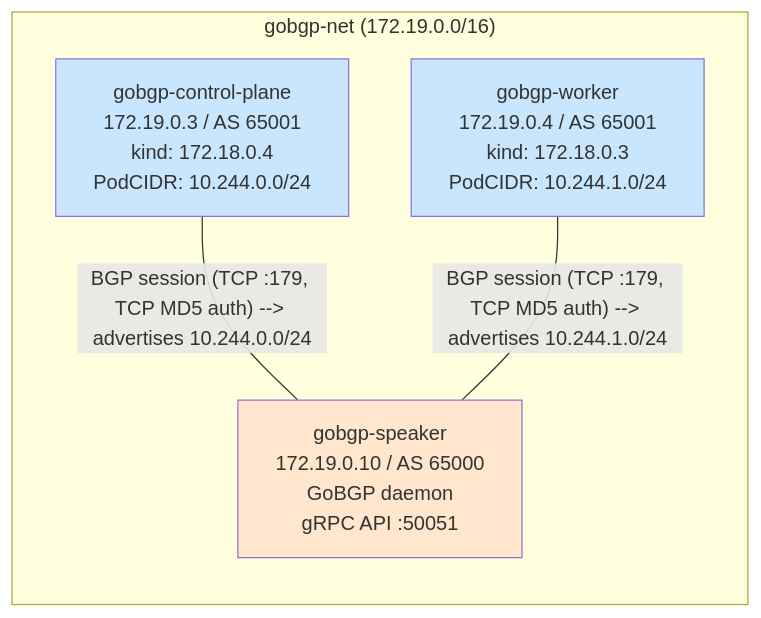
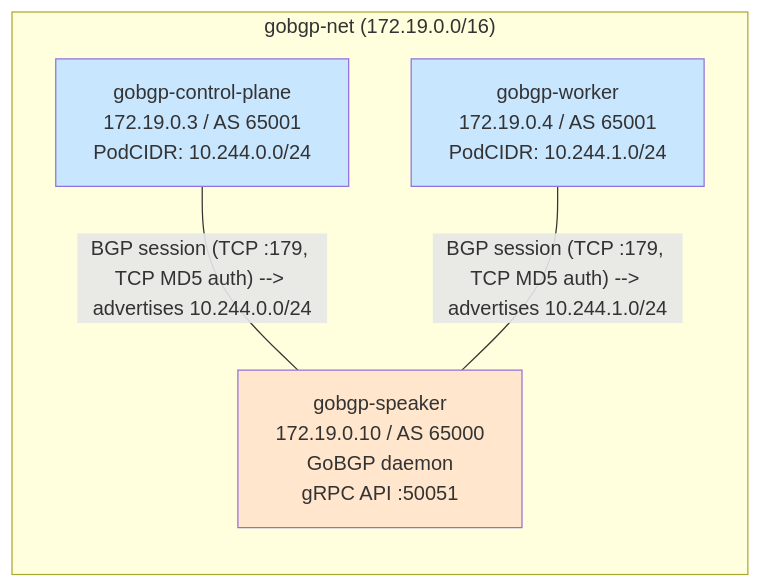
Before and after one commit to sarfarazahmad19/gobgp-cilium-test: the diagram in kind-cilium-overlay-l3-lb/README.md, drawn with Mermaid. The commit also changed other lines of this file and 6 other files, not shown here.

````diff
--- a/kind-cilium-overlay-l3-lb/README.md
+++ b/kind-cilium-overlay-l3-lb/README.md
@@ -6,15 +6,15 @@
 ```mermaid
 flowchart LR
-    subgraph gobgp_net["gobgp-net (172.19.0.0/16)"]
-        cp["gobgp-control-plane<br/>172.19.0.3 / AS 65001<br/>kind: 172.18.0.4<br/>PodCIDR: 10.244.0.0/24"]
-        wk["gobgp-worker<br/>172.19.0.4 / AS 65001<br/>kind: 172.18.0.3<br/>PodCIDR: 10.244.1.0/24"]
+    subgraph bgp_net["gobgp-net (172.19.0.0/16)"]
+        cp["gobgp-control-plane<br/>172.19.0.3 / AS 65001<br/>PodCIDR: 10.244.0.0/24"]
+        wk["gobgp-worker<br/>172.19.0.4 / AS 65001<br/>PodCIDR: 10.244.1.0/24"]
         sp["gobgp-speaker<br/>172.19.0.10 / AS 65000<br/>GoBGP daemon<br/>gRPC API :50051"]
     end
 
     cp -- "BGP session (TCP :179, TCP MD5 auth) --> advertises 10.244.0.0/24" --- sp
     wk -- "BGP session (TCP :179, TCP MD5 auth) --> advertises 10.244.1.0/24" --- sp
 
     style cp fill:#c9e6ff
     style wk fill:#c9e6ff
     style sp fill:#ffe6cc
 ```
````
